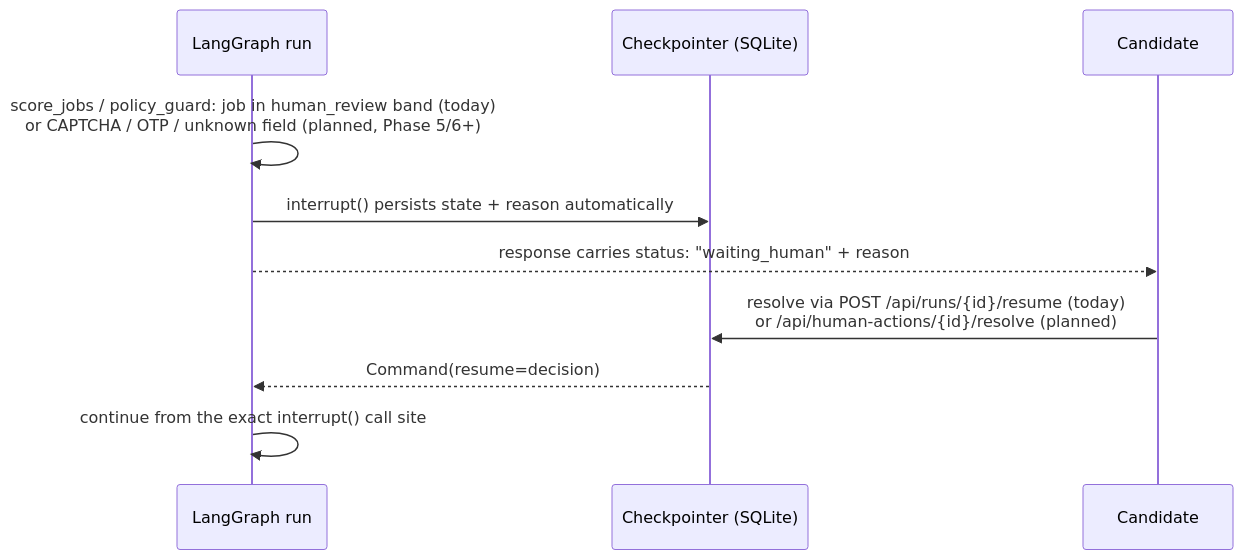
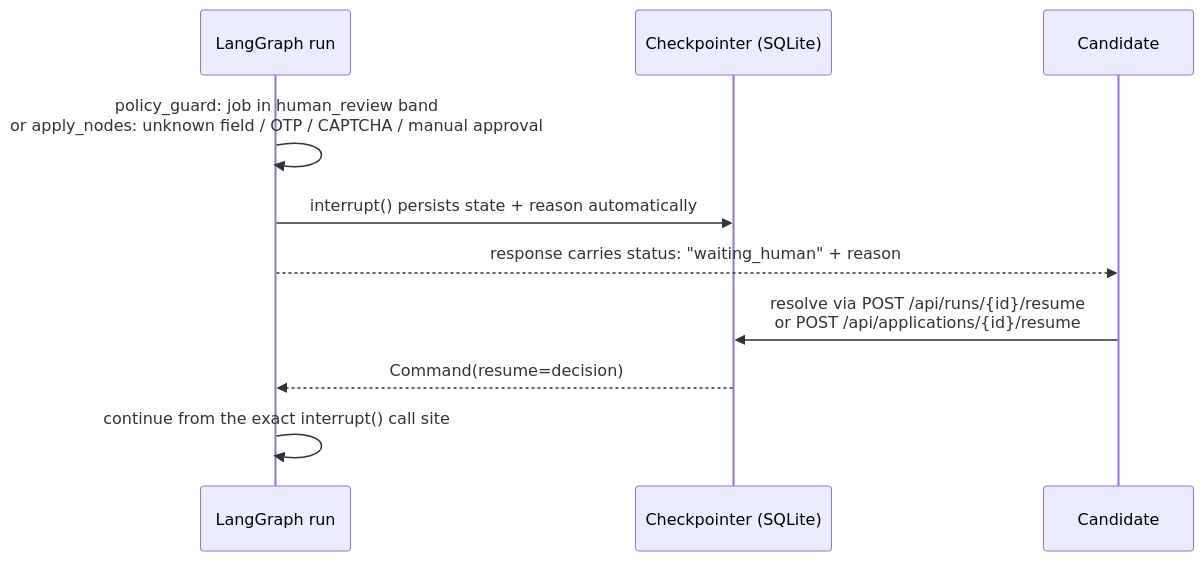
Diagram 12 of 14 in ARCHITECTURE.md (TravelXML/Langchain), drawn with Mermaid before and after one commit. The commit also changed other lines of this file and 12 other files, not shown here.

````diff
--- a/ARCHITECTURE.md
+++ b/ARCHITECTURE.md
@@ -405,12 +479,12 @@
 ```mermaid
 sequenceDiagram
     participant Graph as LangGraph run
     participant State as Checkpointer (SQLite)
     participant User as Candidate
-    Graph->>Graph: score_jobs / policy_guard: job in human_review band (today)<br/>or CAPTCHA / OTP / unknown field (planned, Phase 5/6+)
+    Graph->>Graph: policy_guard: job in human_review band<br/>or apply_nodes: unknown field / OTP / CAPTCHA / manual approval
     Graph->>State: interrupt() persists state + reason automatically
     Graph-->>User: response carries status: "waiting_human" + reason
-    User->>State: resolve via POST /api/runs/{id}/resume (today)<br/>or /api/human-actions/{id}/resolve (planned)
+    User->>State: resolve via POST /api/runs/{id}/resume<br/>or POST /api/applications/{id}/resume
     State-->>Graph: Command(resume=decision)
     Graph->>Graph: continue from the exact interrupt() call site
 ```
````
